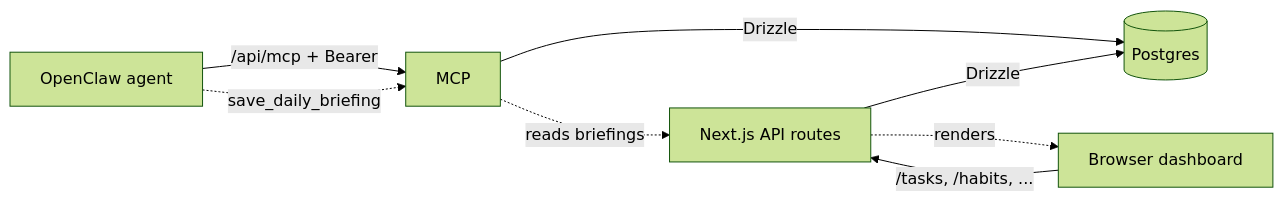
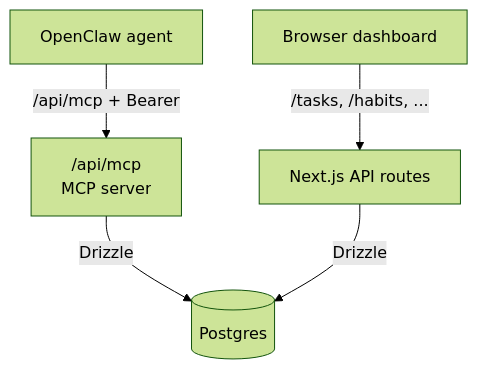
Before and after one commit to WalrusQuant/mcp-dailyagent: the diagram in docs/index.md, drawn with Mermaid (forest theme). The commit also changed 16 other files, not shown here.

````diff
--- a/docs/index.md
+++ b/docs/index.md
@@ -15,10 +15,7 @@
 ```mermaid
-flowchart LR
-    OC[OpenClaw agent] -->|/api/mcp + Bearer| MCP
-    UI[Browser dashboard] -->|/tasks, /habits, ...| API[Next.js API routes]
+flowchart TD
+    OC[OpenClaw agent] -->|/api/mcp + Bearer| MCP["/api/mcp<br/>MCP server"]
+    UI[Browser dashboard] -->|"/tasks, /habits, ..."| API[Next.js API routes]
     MCP -->|Drizzle| DB[(Postgres)]
     API -->|Drizzle| DB
-    OC -. save_daily_briefing .-> MCP
-    MCP -. reads briefings .-> API
-    API -. renders .-> UI
 ```
````
